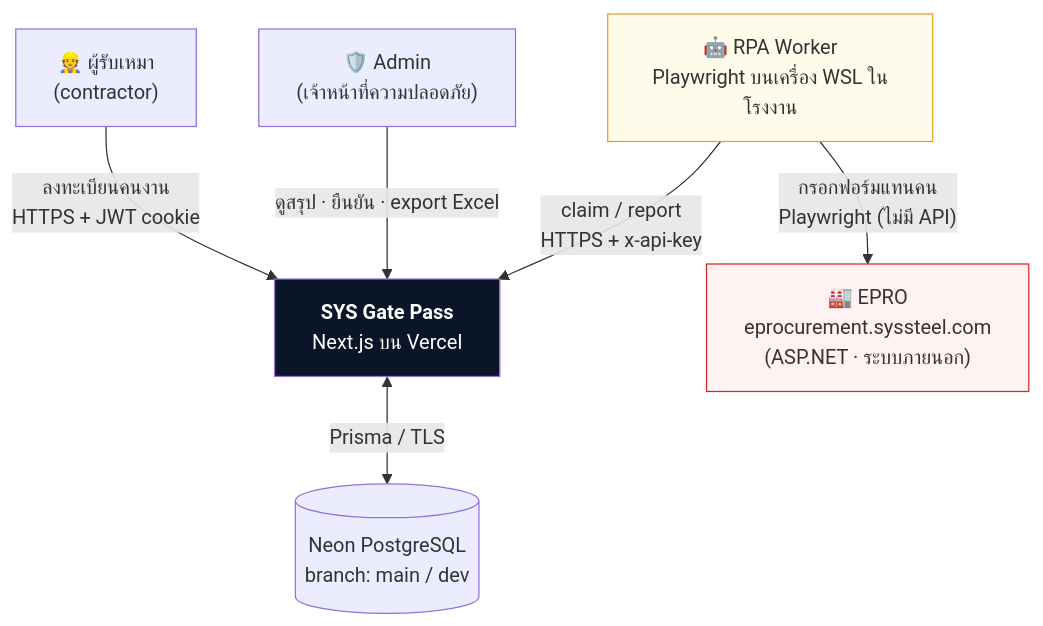
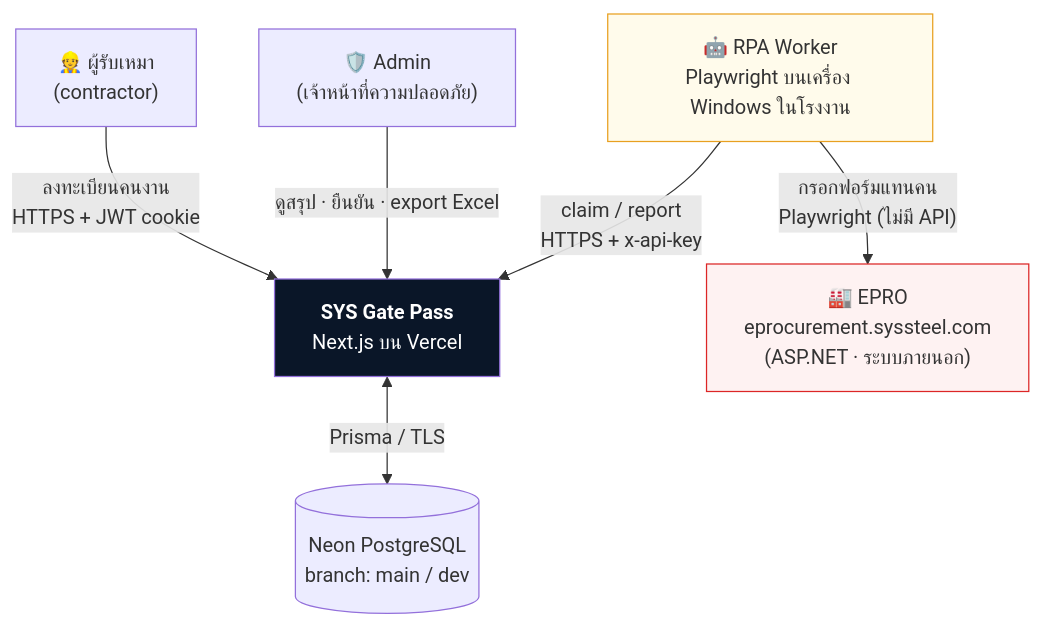
The first of 7 diagrams in docs/architecture.md (Prachya-8bit/Gate-pass-system), drawn with Mermaid before and after one commit. The commit also changed other lines of this file and 9 other files, not shown here.

````diff
--- a/docs/architecture.md
+++ b/docs/architecture.md
@@ -17,19 +17,19 @@
 ```mermaid
 graph TB
     C["👷 ผู้รับเหมา<br/>(contractor)"]
     A["🛡️ Admin<br/>(เจ้าหน้าที่ความปลอดภัย)"]
     GP["<b>SYS Gate Pass</b><br/>Next.js บน Vercel"]
     DB[("Neon PostgreSQL<br/>branch: main / dev")]
-    RPA["🤖 RPA Worker<br/>Playwright บนเครื่อง WSL ในโรงงาน"]
+    RPA["🤖 RPA Worker<br/>Playwright บนเครื่อง Windows ในโรงงาน"]
     EPRO["🏭 EPRO<br/>eprocurement.syssteel.com<br/>(ASP.NET · ระบบภายนอก)"]
 
     C -->|"ลงทะเบียนคนงาน<br/>HTTPS + JWT cookie"| GP
     A -->|"ดูสรุป · ยืนยัน · export Excel"| GP
     GP <-->|"Prisma / TLS"| DB
     RPA -->|"claim / report<br/>HTTPS + x-api-key"| GP
     RPA -->|"กรอกฟอร์มแทนคน<br/>Playwright (ไม่มี API)"| EPRO
 
     style GP fill:#0a1628,color:#fff
     style EPRO fill:#fef2f2,stroke:#dc2626
     style RPA fill:#fffbeb,stroke:#e8a020
 ```
````
